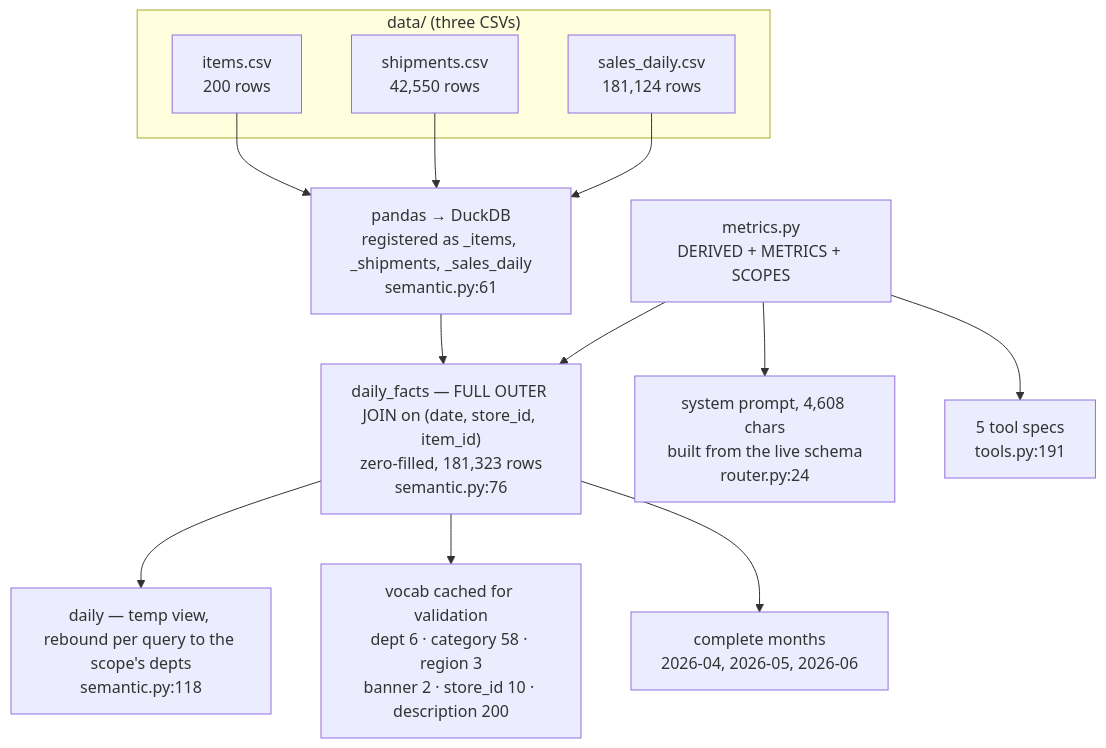
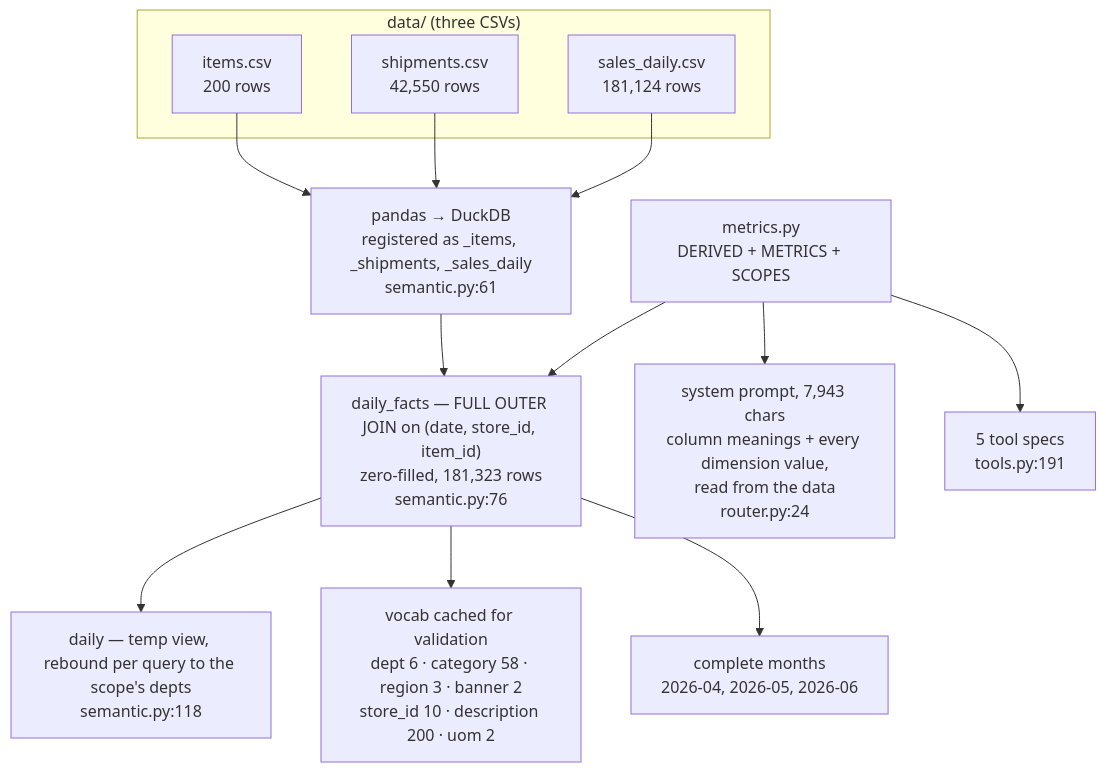
The first of 3 diagrams in TRACE.md (hvs338/freshflow2), drawn with Mermaid before and after one commit. The commit also changed other lines of this file and 13 other files, not shown here.

````diff
--- a/TRACE.md
+++ b/TRACE.md
@@ -27,16 +27,16 @@
 ```mermaid
 flowchart TB
     subgraph files["data/ (three CSVs)"]
         I["items.csv<br/>200 rows"]
         S["shipments.csv<br/>42,550 rows"]
         D["sales_daily.csv<br/>181,124 rows"]
     end
     I & S & D --> REG["pandas → DuckDB<br/>registered as _items, _shipments, _sales_daily<br/>semantic.py:61"]
     REG --> BASE["daily_facts — FULL OUTER JOIN on (date, store_id, item_id)<br/>zero-filled, 181,323 rows<br/>semantic.py:76"]
     BASE --> BIND["daily — temp view, rebound per query to the scope's depts<br/>semantic.py:118"]
     MET["metrics.py<br/>DERIVED + METRICS + SCOPES"] --> BASE
-    MET --> PROMPT["system prompt, 4,608 chars<br/>built from the live schema<br/>router.py:24"]
+    MET --> PROMPT["system prompt, 7,943 chars<br/>column meanings + every dimension value,<br/>read from the data<br/>router.py:24"]
     MET --> SPECS["5 tool specs<br/>tools.py:191"]
-    BASE --> VOCAB["vocab cached for validation<br/>dept 6 · category 58 · region 3<br/>banner 2 · store_id 10 · description 200"]
+    BASE --> VOCAB["vocab cached for validation<br/>dept 6 · category 58 · region 3 · banner 2<br/>store_id 10 · description 200 · uom 2"]
     BASE --> MONTHS["complete months<br/>2026-04, 2026-05, 2026-06"]
 ```
````
